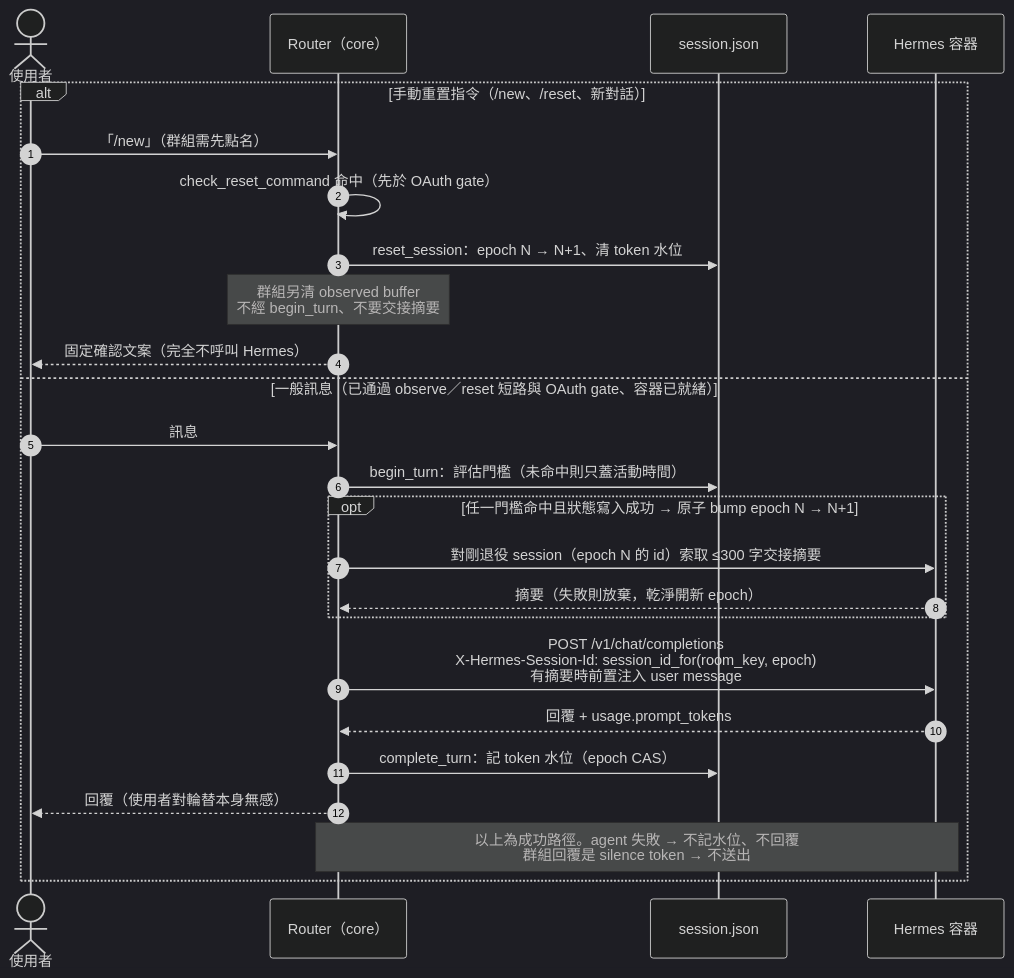
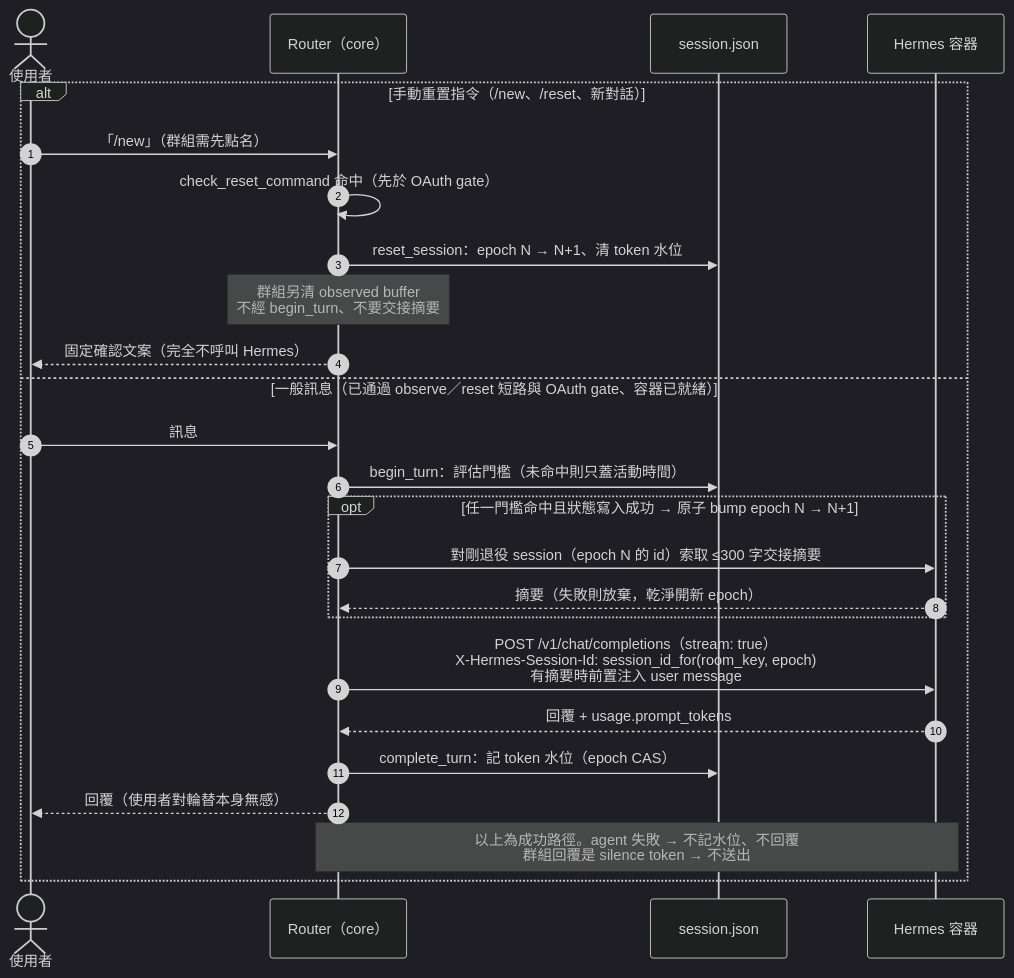
The sixth of 9 diagrams in docs/sequence-diagrams.md (marychouchou/alice-office), drawn with Mermaid (dark theme) before and after one commit. The commit also changed other lines of this file and 9 other files, not shown here.

````diff
--- a/docs/sequence-diagrams.md
+++ b/docs/sequence-diagrams.md
@@ -220,28 +227,28 @@
 ```mermaid
 sequenceDiagram
     autonumber
     actor U as 使用者
     participant R as Router（core）
     participant S as session.json
     participant H as Hermes 容器
 
     alt 手動重置指令（/new、/reset、新對話）
         U->>R: 「/new」（群組需先點名）
         R->>R: check_reset_command 命中（先於 OAuth gate）
         R->>S: reset_session：epoch N → N+1、清 token 水位
         Note over R: 群組另清 observed buffer<br/>不經 begin_turn、不要交接摘要
         R-->>U: 固定確認文案（完全不呼叫 Hermes）
     else 一般訊息（已通過 observe／reset 短路與 OAuth gate、容器已就緒）
         U->>R: 訊息
         R->>S: begin_turn：評估門檻（未命中則只蓋活動時間）
         opt 任一門檻命中且狀態寫入成功 → 原子 bump epoch N → N+1
             R->>H: 對剛退役 session（epoch N 的 id）索取 ≤300 字交接摘要
             H-->>R: 摘要（失敗則放棄，乾淨開新 epoch）
         end
-        R->>H: POST /v1/chat/completions<br/>X-Hermes-Session-Id: session_id_for(room_key, epoch)<br/>有摘要時前置注入 user message
+        R->>H: POST /v1/chat/completions（stream: true）<br/>X-Hermes-Session-Id: session_id_for(room_key, epoch)<br/>有摘要時前置注入 user message
         H-->>R: 回覆 + usage.prompt_tokens
         R->>S: complete_turn：記 token 水位（epoch CAS）
         R-->>U: 回覆（使用者對輪替本身無感）
         Note over R,H: 以上為成功路徑。agent 失敗 → 不記水位、不回覆<br/>群組回覆是 silence token → 不送出
     end
 ```
````
